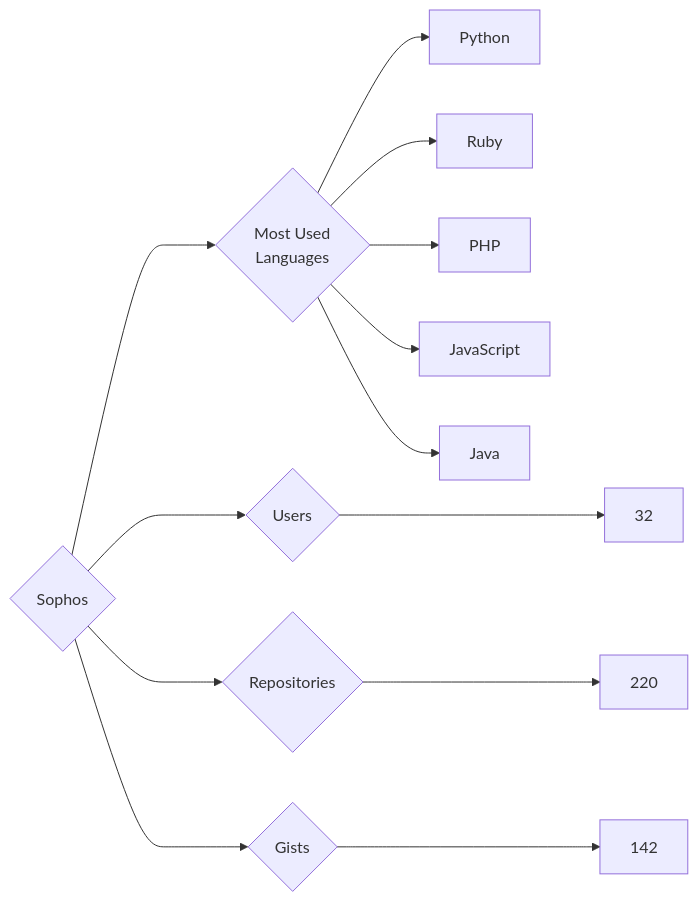
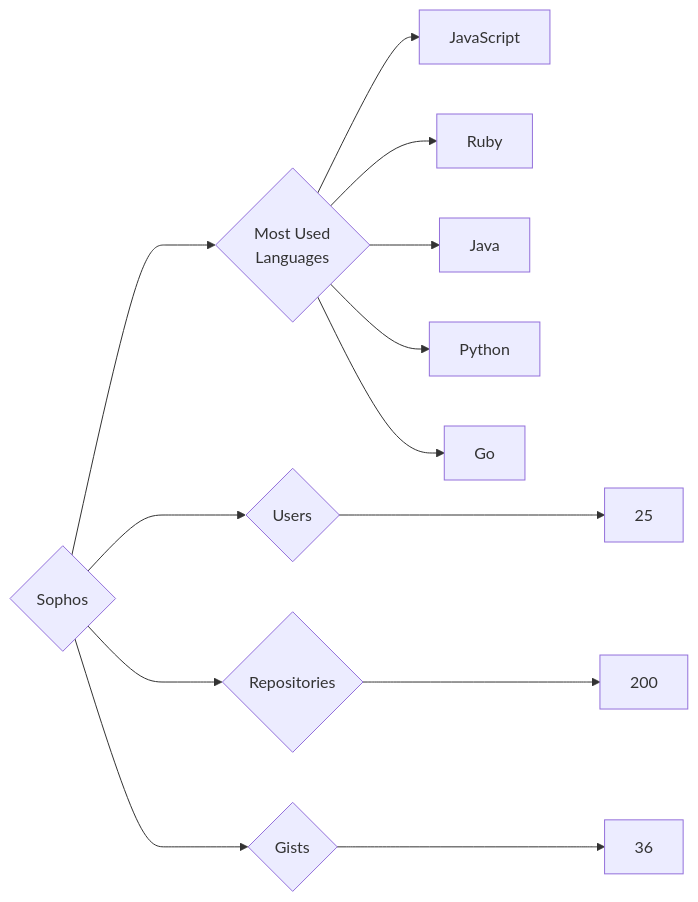
Before and after one commit to trickest/insiders: the diagram in targets/Sophos/README.md, drawn with Mermaid. The commit also changed 728 other files, not shown here.

````diff
--- a/targets/Sophos/README.md
+++ b/targets/Sophos/README.md
@@ -3,13 +3,13 @@
 ```mermaid
 graph LR
 COMPANY_NAME{Sophos}
-COMPANY_NAME ---> U{Users} ---> UN[32]
-COMPANY_NAME ---> R{Repositories} ---> RN[220]
-COMPANY_NAME ---> G{Gists} ---> GN[142]
+COMPANY_NAME ---> U{Users} ---> UN[25]
+COMPANY_NAME ---> R{Repositories} ---> RN[200]
+COMPANY_NAME ---> G{Gists} ---> GN[36]
 COMPANY_NAME ---> ML{Most Used<br>Languages}
+ML --> JavaScript[JavaScript]
+ML --> Ruby[Ruby]
+ML --> Java[Java]
 ML --> Python[Python]
-ML --> Ruby[Ruby]
-ML --> PHP[PHP]
-ML --> JavaScript[JavaScript]
-ML --> Java[Java]
+ML --> Go[Go]
 ```
````
